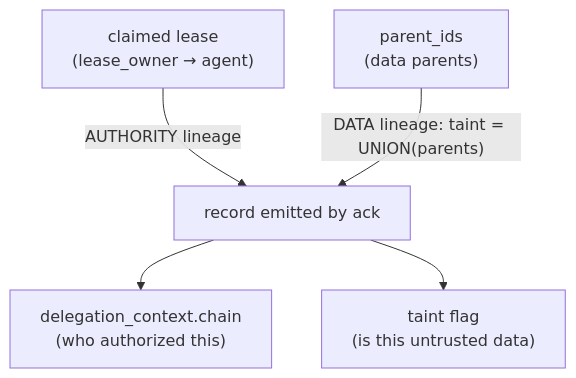
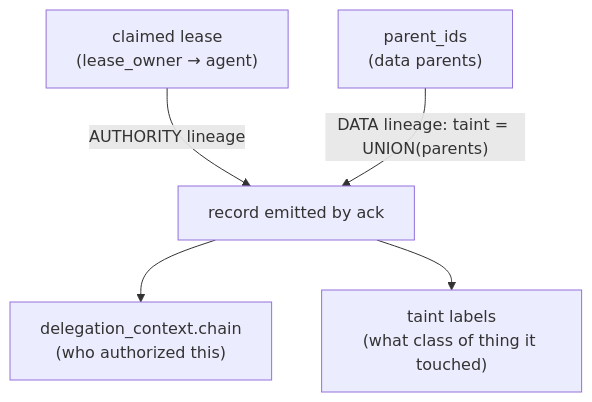
One commit to wistrand/radia changed the fourth of 5 diagrams in agent_docs/design-auth.md. Above: the diagram before and after it, drawn with Mermaid. The commit also changed other lines of this file and 11 other files, not shown here.

````diff
--- a/agent_docs/design-auth.md
+++ b/agent_docs/design-auth.md
@@ -333,7 +333,7 @@
 ```mermaid
 flowchart TB
     LE["claimed lease<br/>(lease_owner → agent)"] -->|"AUTHORITY lineage"| R["record emitted by ack"]
     PA["parent_ids<br/>(data parents)"] -->|"DATA lineage: taint = UNION(parents)"| R
     R --> DC["delegation_context.chain<br/>(who authorized this)"]
-    R --> TX["taint flag<br/>(is this untrusted data)"]
+    R --> TX["taint labels<br/>(what class of thing it touched)"]
 ```
````
